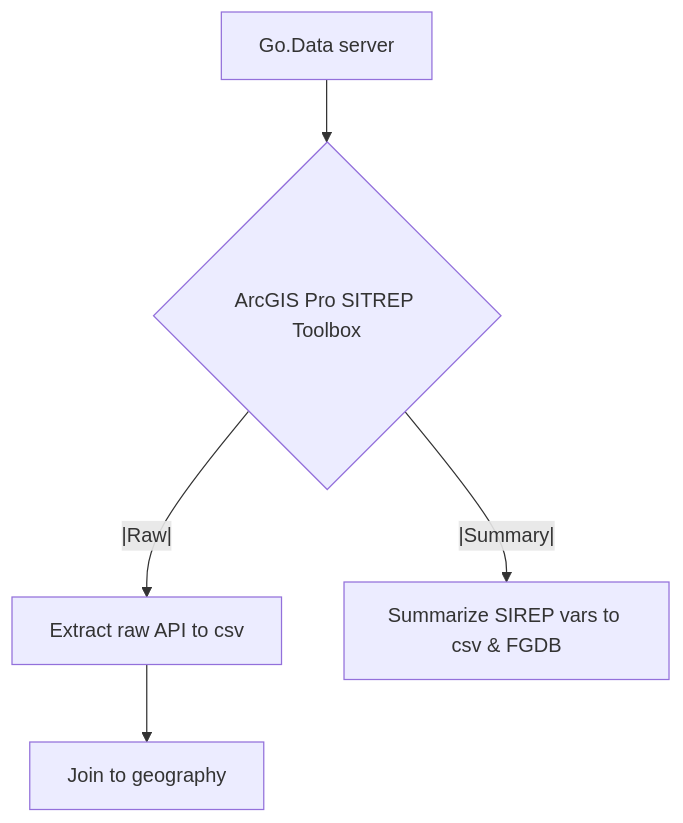
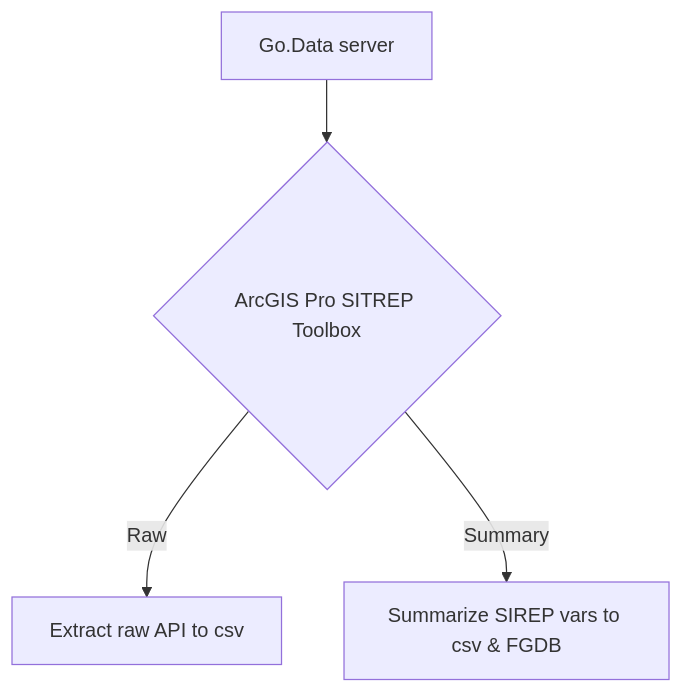
One commit to LangsterGA/mermaid changed the diagram in README.md. Above: the diagram before and after it, drawn with Mermaid. The commit also changed other lines of this file, not shown here.

````diff
--- a/README.md
+++ b/README.md
@@ -6,8 +6,6 @@
 ```mermaid
-  flowchart TD;
+  graph TD
     A[Go.Data server]--> B{ArcGIS Pro SITREP Toolbox};
-    B -- |Raw|-->C[Extract raw API to csv];
-    B -- |Summary|--> D[Summarize SIREP vars to csv & FGDB];
-    C --> E[Join to geography];
-    
+    B -->|Raw| C[Extract raw API to csv];
+    B --> |Summary| D[Summarize SIREP vars to csv & FGDB];
 ```
````
